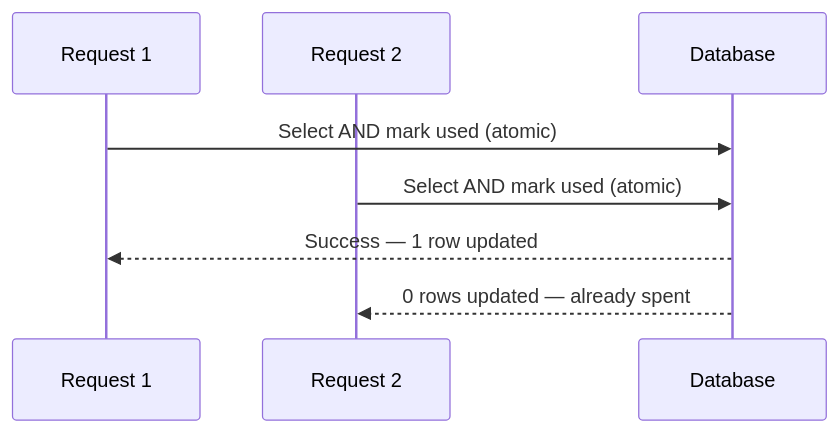
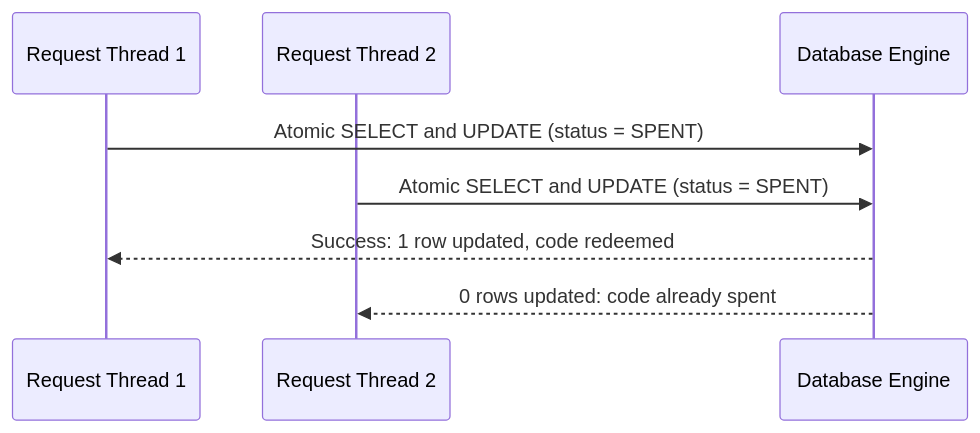
The diagram in security/two-factor-authentication.mdx (rempprandy/docs), drawn with Mermaid before and after one commit. The commit also changed other lines of this file and 37 other files, not shown here.

````diff
--- a/security/two-factor-authentication.mdx
+++ b/security/two-factor-authentication.mdx
@@ -37,11 +38,11 @@
 ```mermaid
 sequenceDiagram
-    participant R1 as Request 1
-    participant R2 as Request 2
-    participant DB as Database
+    participant R1 as Request Thread 1
+    participant R2 as Request Thread 2
+    participant DB as Database Engine
 
-    R1->>DB: Select AND mark used (atomic)
-    R2->>DB: Select AND mark used (atomic)
-    DB-->>R1: Success — 1 row updated
-    DB-->>R2: 0 rows updated — already spent
+    R1->>DB: Atomic SELECT and UPDATE (status = SPENT)
+    R2->>DB: Atomic SELECT and UPDATE (status = SPENT)
+    DB-->>R1: Success: 1 row updated, code redeemed
+    DB-->>R2: 0 rows updated: code already spent
 ```
````
